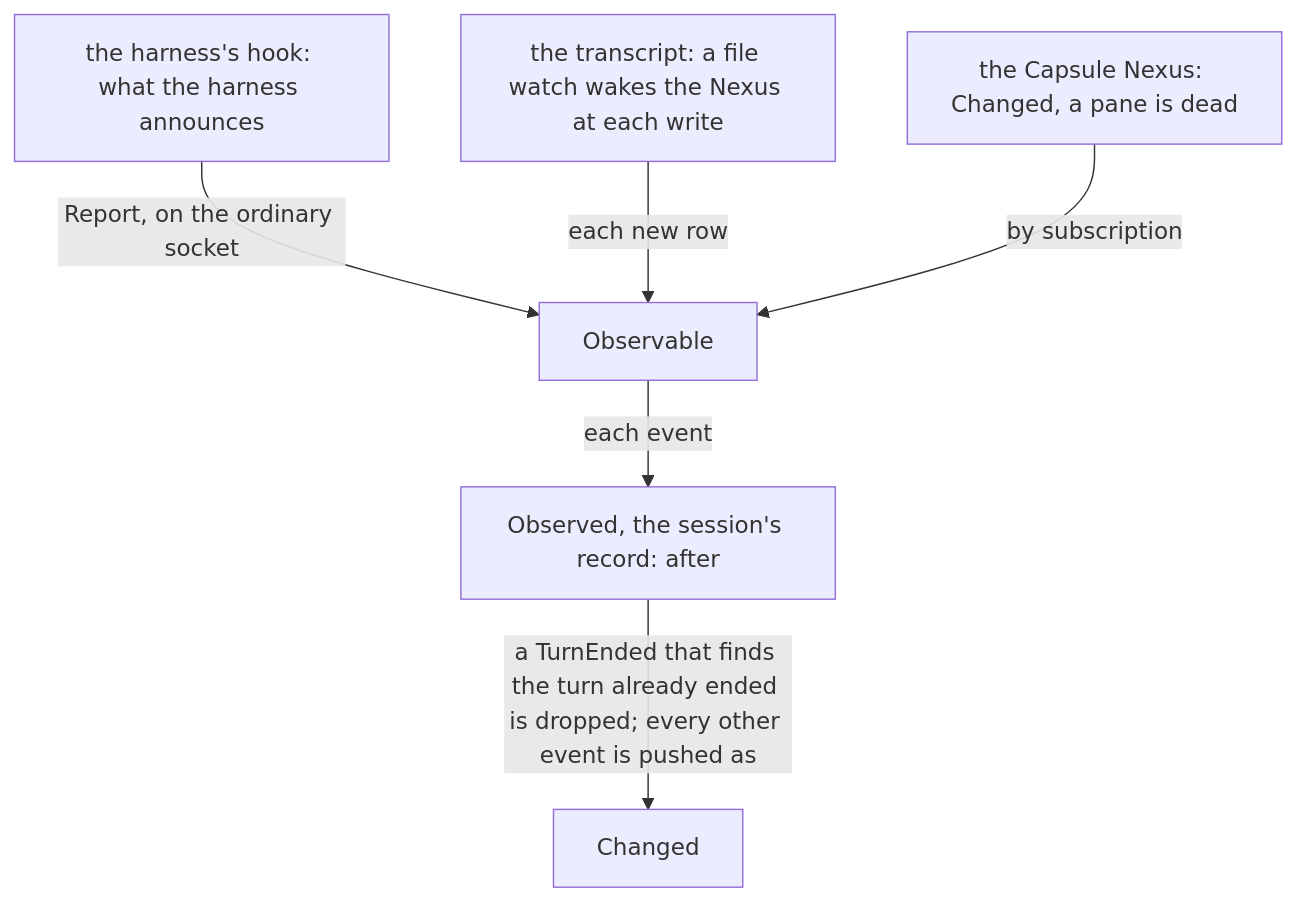
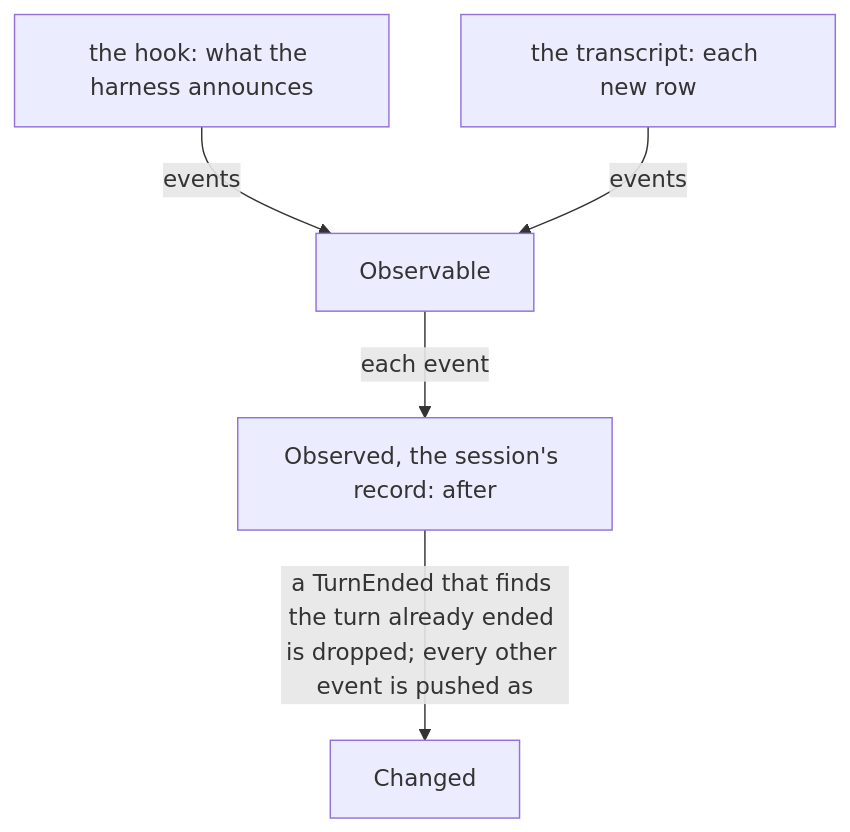
The fourth of 6 diagrams in notion/harness-nexus/0.md (LiGoldragon/mind-belief), drawn with Mermaid before and after one commit. The commit also changed other lines of this file and 2 other files, not shown here.

First line of the commit message:
notion:harness-nexus:0, notion:codex-harness-nexus:0 from the CodexHarness.5 proposal; notion:flow-watch:0 (the living, 17 Nov)

````diff
--- a/notion/harness-nexus/0.md
+++ b/notion/harness-nexus/0.md
@@ -179,8 +155,7 @@
 ```mermaid
 flowchart TB
-    k["the harness's hook: what the harness announces"] -- "Report, on the ordinary socket" --> o["Observable"]
-    t["the transcript: a file watch wakes the Nexus at each write"] -- "each new row" --> o
-    c["the Capsule Nexus: Changed, a pane is dead"] -- "by subscription" --> o
+    k["the hook: what the harness announces"] -- "events" --> o["Observable"]
+    t["the transcript: each new row"] -- "events" --> o
     o -- "each event" --> m["Observed, the session's record: after"]
     m -- "a TurnEnded that finds the turn already ended is dropped; every other event is pushed as" --> p["Changed"]
 ```
````
